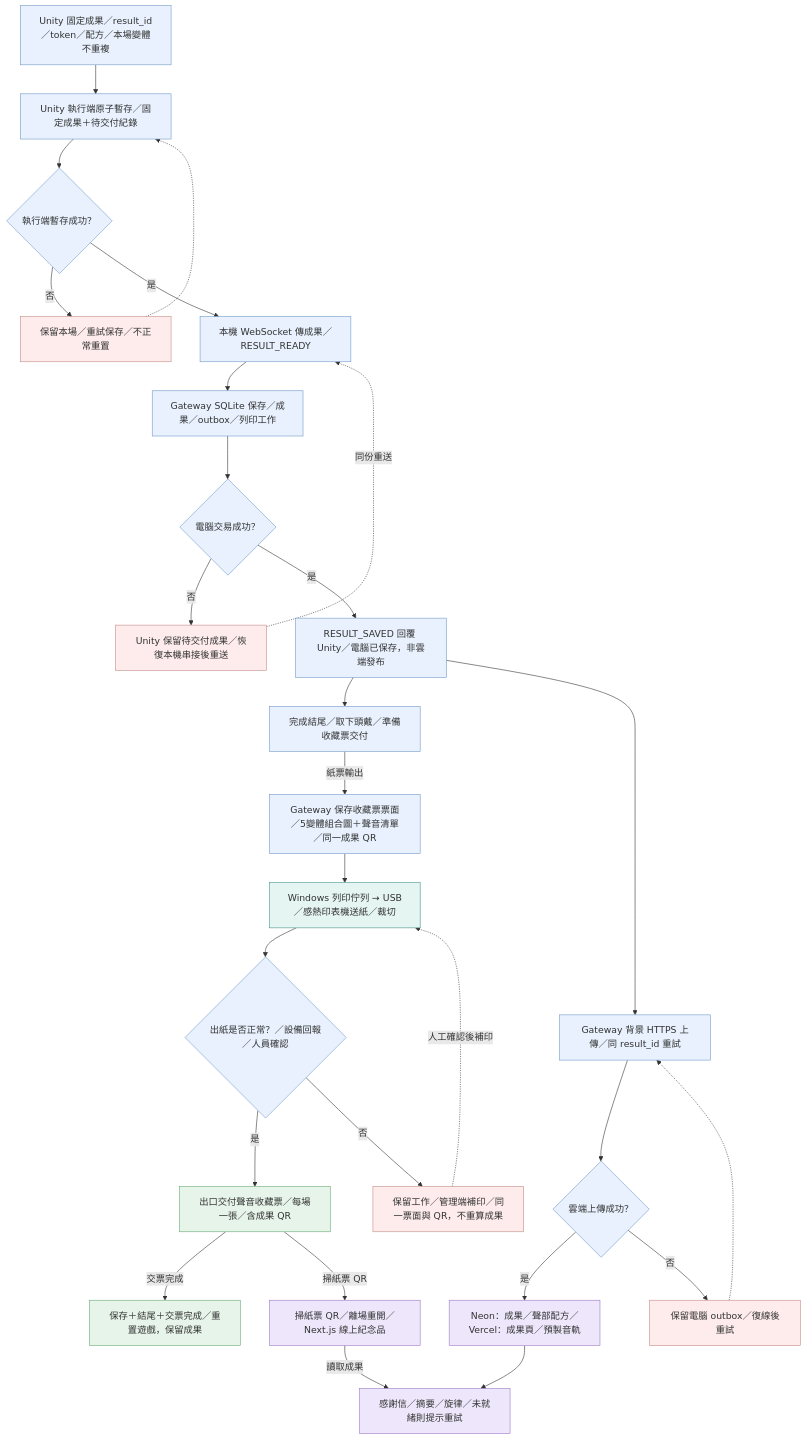
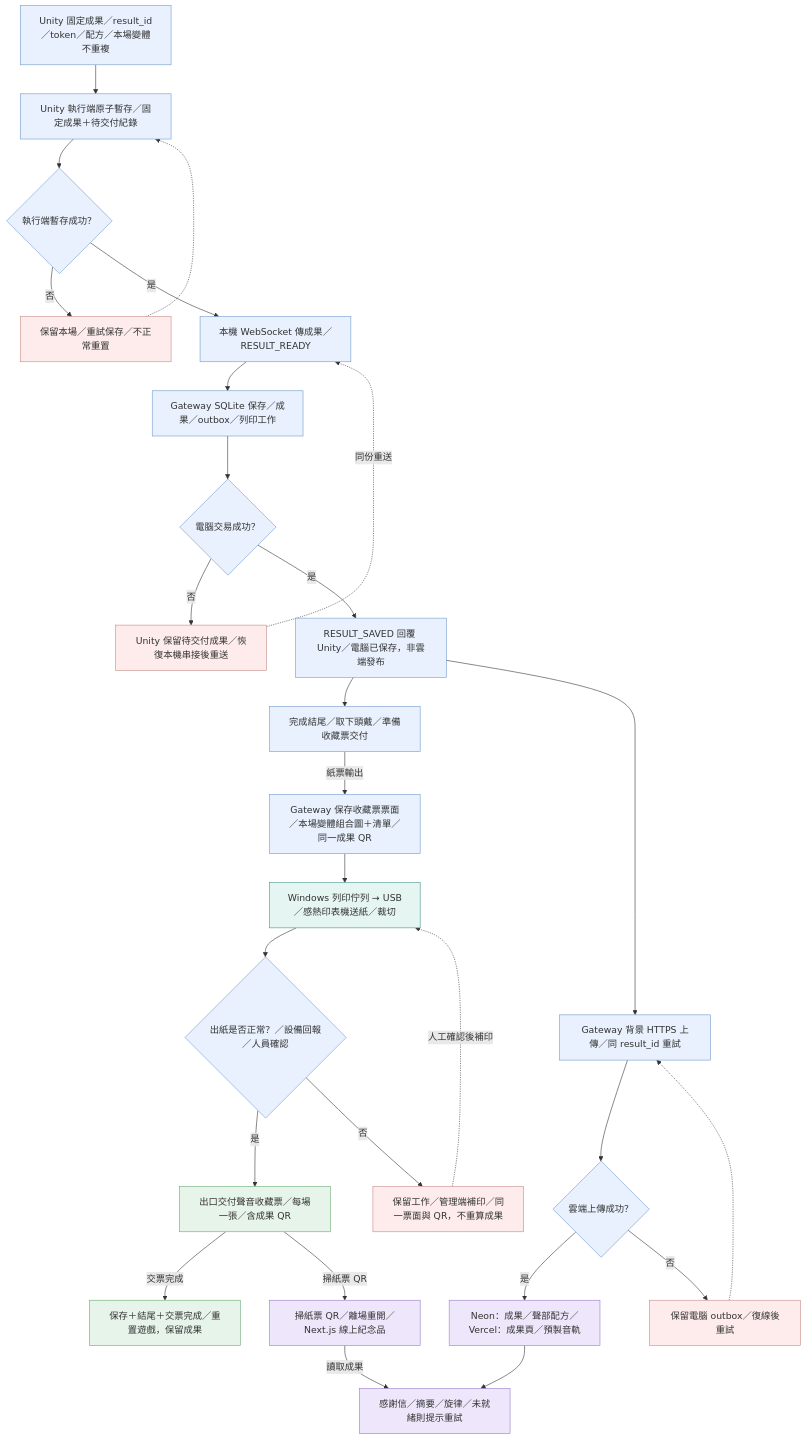
The diagram in docs/docs_vr/assets/技術流程圖/05.mmd (fengyenchia/dctProject), drawn with Mermaid before and after one commit. The commit also changed 64 other files, not shown here.

```diff
--- a/docs/docs_vr/assets/技術流程圖/05.mmd
+++ b/docs/docs_vr/assets/技術流程圖/05.mmd
@@ -1,71 +1,71 @@
 flowchart TD
   snapshot["Unity 固定成果／result_id／token／配方／本場變體不重複"]
   unityStore["Unity 執行端原子暫存／固定成果＋待交付紀錄"]
   localOk{"執行端暫存成功？"}
   localRetry["保留本場／重試保存／不正常重置"]
   send["本機 WebSocket 傳成果／RESULT_READY"]
   pcStore["Gateway SQLite 保存／成果／outbox／列印工作"]
   pcOk{"電腦交易成功？"}
   pcRetry["Unity 保留待交付成果／恢復本機串接後重送"]
   ack["RESULT_SAVED 回覆 Unity／電腦已保存，非雲端發布"]
   handoff["完成結尾／取下頭戴／準備收藏票交付"]
   upload["Gateway 背景 HTTPS 上傳／同 result_id 重試"]
   cloudOk{"雲端上傳成功？"}
   cloud["Neon：成果／聲部配方／Vercel：成果頁／預製音軌"]
   queue["保留電腦 outbox／復線後重試"]
   phone["掃紙票 QR／離場重開／Next.js 線上紀念品"]
   web["感謝信／摘要／旋律／未就緒則提示重試"]
   reset["保存＋結尾＋交票完成／重置遊戲，保留成果"]
-  ticketImage["Gateway 保存收藏票票面／5變體組合圖＋聲音清單／同一成果 QR"]
+  ticketImage["Gateway 保存收藏票票面／本場變體組合圖＋清單／同一成果 QR"]
   ticketUsb["Windows 列印佇列 → USB／感熱印表機送紙／裁切"]
   ticketOk{"出紙是否正常？／設備回報／人員確認"}
   ticketTake["出口交付聲音收藏票／每場一張／含成果 QR"]
   ticketRetry["保留工作／管理端補印／同一票面與 QR，不重算成果"]
   snapshot --> unityStore
   unityStore --> localOk
   localOk -->|"否"| localRetry
   localRetry -.-> unityStore
   localOk -->|"是"| send
   send --> pcStore
   pcStore --> pcOk
   pcOk -->|"否"| pcRetry
   pcRetry -.->|"同份重送"| send
   pcOk -->|"是"| ack
   ack --> handoff
   ack --> upload
   upload --> cloudOk
   cloudOk -->|"是"| cloud
   cloudOk -->|"否"| queue
   queue -.-> upload
   cloud --> web
   phone -->|"讀取成果"| web
   handoff -->|"紙票輸出"| ticketImage
   ticketImage --> ticketUsb
   ticketUsb --> ticketOk
   ticketOk -->|"是"| ticketTake
   ticketOk -->|"否"| ticketRetry
   ticketRetry -.->|"人工確認後補印"| ticketUsb
   ticketTake -->|"交票完成"| reset
   ticketTake -->|"掃紙票 QR"| phone
   style snapshot fill:#e8f1fd,stroke:#7099c9
   style unityStore fill:#e8f1fd,stroke:#7099c9
   style localOk fill:#e8f1fd,stroke:#7099c9
   style localRetry fill:#fdeceb,stroke:#c58b86
   style send fill:#e8f1fd,stroke:#7099c9
   style pcStore fill:#e8f1fd,stroke:#7099c9
   style pcOk fill:#e8f1fd,stroke:#7099c9
   style pcRetry fill:#fdeceb,stroke:#c58b86
   style ack fill:#e8f1fd,stroke:#7099c9
   style handoff fill:#e8f1fd,stroke:#7099c9
   style upload fill:#e8f1fd,stroke:#7099c9
   style cloudOk fill:#e8f1fd,stroke:#7099c9
   style cloud fill:#eee7fb,stroke:#9a7ac7
   style queue fill:#fdeceb,stroke:#c58b86
   style phone fill:#eee7fb,stroke:#9a7ac7
   style web fill:#eee7fb,stroke:#9a7ac7
   style reset fill:#e7f4e9,stroke:#69a977
   style ticketImage fill:#e8f1fd,stroke:#7099c9
   style ticketUsb fill:#e5f5f1,stroke:#459489
   style ticketOk fill:#e8f1fd,stroke:#7099c9
   style ticketTake fill:#e7f4e9,stroke:#69a977
   style ticketRetry fill:#fdeceb,stroke:#c58b86
```
